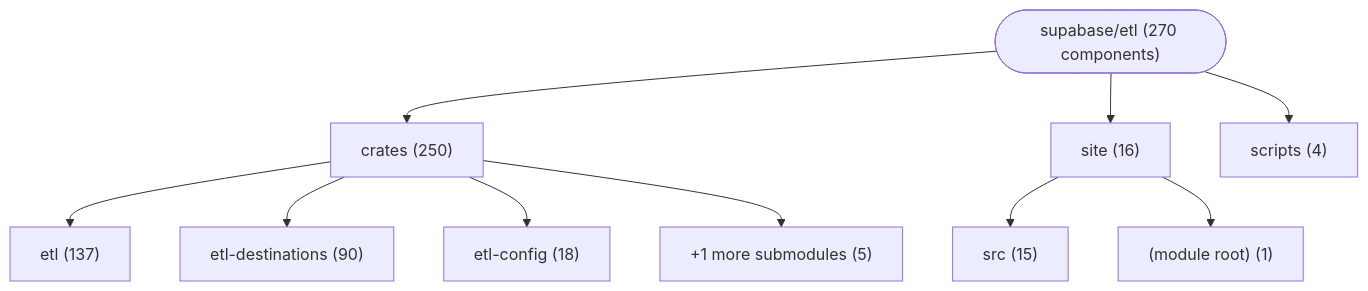
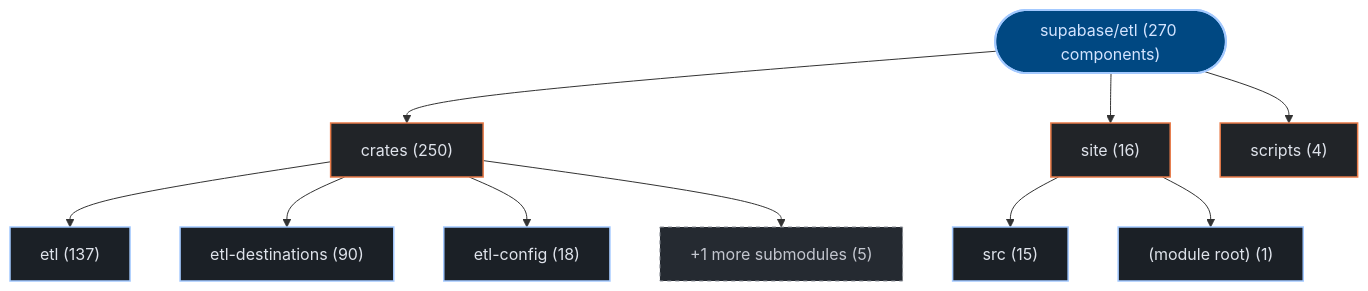
One commit to kumarshaz/atruss-code-atlas changed the first of 3 diagrams in exports/latest/reports/supabase-etl-report.md. Above: the diagram before and after it, drawn with Mermaid. The commit also changed other lines of this file and 331 other files, not shown here.

Commit message:
docs,ui,fix: update SDLC docs, reorder CI/CD DAG first, stylize Mermaid, and fix Arc42 pipeline topology

````diff
--- a/exports/latest/reports/supabase-etl-report.md
+++ b/exports/latest/reports/supabase-etl-report.md
@@ -42,22 +42,29 @@
 ```mermaid
 graph TD;
-    repo_root(["supabase/etl (270 components)"])
-    dir_0_crates["crates (250)"]
+  classDef atlasRoot fill:#004882,stroke:#a3c9ff,stroke-width:2px,color:#d3e4ff
+  classDef atlasCategory fill:#212428,stroke:#E87A48,stroke-width:1.5px,color:#dfe3eb
+  classDef atlasWorkflow fill:#1b2026,stroke:#a3c9ff,stroke-width:1.5px,color:#dfe3eb
+  classDef atlasJob fill:#171c22,stroke:#8d9199,stroke-width:1px,color:#dfe3eb
+  classDef atlasTarget fill:#005227,stroke:#8bd99b,stroke-width:1.5px,color:#a7f6b6
+  classDef atlasAlert fill:#93000a,stroke:#ffb4ab,stroke-width:1.5px,color:#ffdad6
+  classDef atlasMore fill:#252a31,stroke:#8d9199,stroke-dasharray:4 4,color:#c3c6cf
+    repo_root(["supabase/etl (270 components)"]):::atlasRoot
+    dir_0_crates["crates (250)"]:::atlasCategory
     repo_root --> dir_0_crates
-    sub_0_0_etl["etl (137)"]
+    sub_0_0_etl["etl (137)"]:::atlasWorkflow
     dir_0_crates --> sub_0_0_etl
-    sub_0_1_etl_destinations["etl-destinations (90)"]
+    sub_0_1_etl_destinations["etl-destinations (90)"]:::atlasWorkflow
     dir_0_crates --> sub_0_1_etl_destinations
-    sub_0_2_etl_config["etl-config (18)"]
+    sub_0_2_etl_config["etl-config (18)"]:::atlasWorkflow
     dir_0_crates --> sub_0_2_etl_config
-    sub_0_more["+1 more submodules (5)"]
+    sub_0_more["+1 more submodules (5)"]:::atlasMore
     dir_0_crates --> sub_0_more
-    dir_1_site["site (16)"]
+    dir_1_site["site (16)"]:::atlasCategory
     repo_root --> dir_1_site
-    sub_1_0_src["src (15)"]
+    sub_1_0_src["src (15)"]:::atlasWorkflow
     dir_1_site --> sub_1_0_src
-    sub_1_1__module_root_["(module root) (1)"]
+    sub_1_1__module_root_["(module root) (1)"]:::atlasWorkflow
     dir_1_site --> sub_1_1__module_root_
-    dir_2_scripts["scripts (4)"]
+    dir_2_scripts["scripts (4)"]:::atlasCategory
     repo_root --> dir_2_scripts
 ```
````
